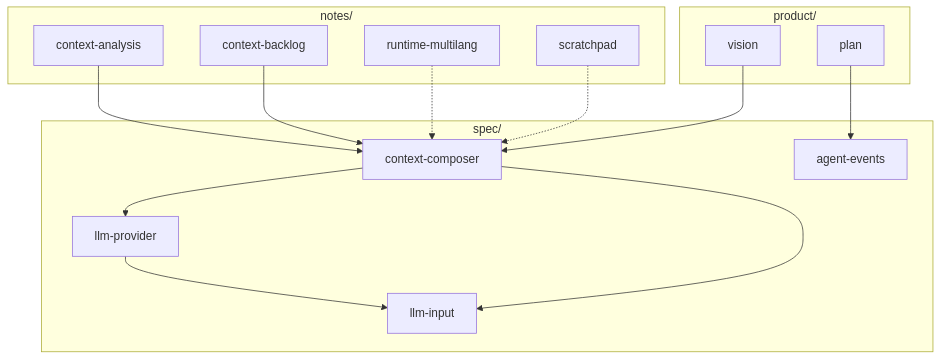
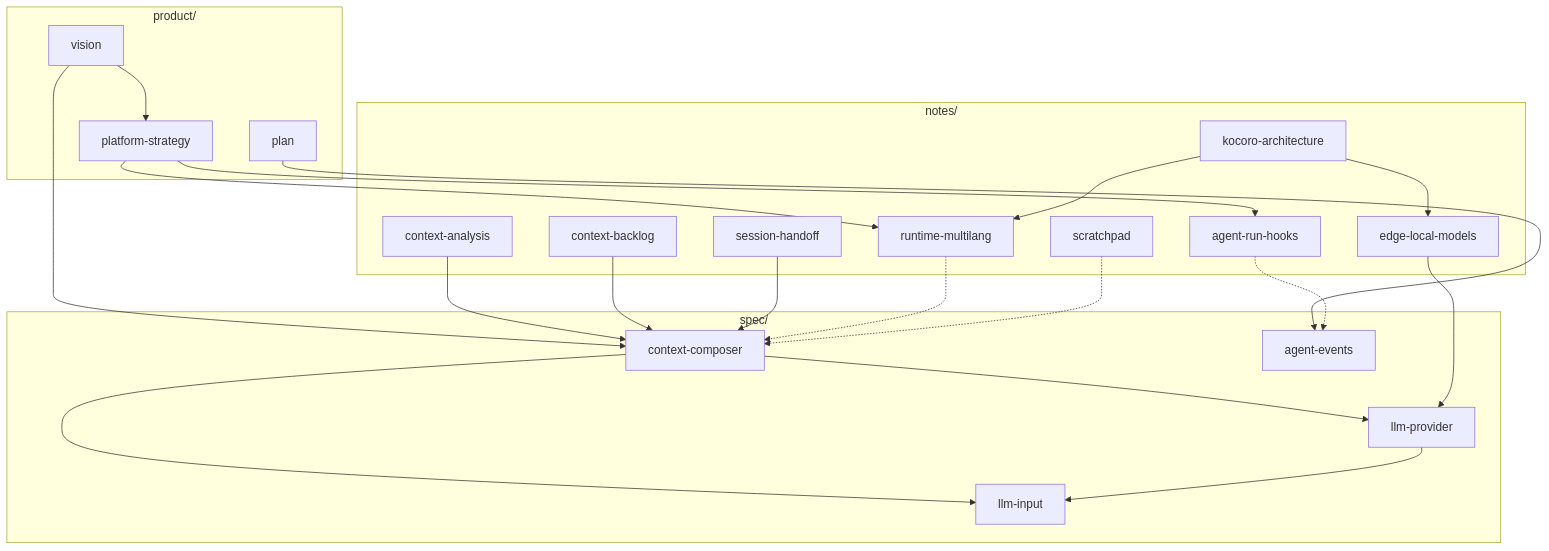
One commit to chendpoc/moontide changed the diagram in docs/README.md. Above: the diagram before and after it, drawn with Mermaid. The commit also changed other lines of this file and 142 other files, not shown here.

First line of the commit message:
refactor: session log, context composer, and platform strategy docs

````diff
--- a/docs/README.md
+++ b/docs/README.md
@@ -7,31 +7,44 @@
 ```mermaid
 flowchart TB
   subgraph product["product/"]
     V[vision]
     P[plan]
+    PS[platform-strategy]
   end
 
   subgraph spec["spec/"]
     CC[context-composer]
     LP[llm-provider]
     LI[llm-input]
     AE[agent-events]
   end
 
   subgraph notes["notes/"]
+    AR[agent-run-hooks]
     CA[context-analysis]
     CB[context-backlog]
+    EL[edge-local-models]
+    KO[kocoro-architecture]
+    SH[session-handoff]
     RM[runtime-multilang]
     SP[scratchpad]
   end
 
   V --> CC
+  V --> PS
+  PS --> RM
+  PS --> AR
   P --> AE
+  AR -.-> AE
   CC --> LP
   CC --> LI
   LP --> LI
   CA --> CC
   CB --> CC
+  EL --> LP
+  KO --> RM
+  KO --> EL
+  SH --> CC
   RM -.-> CC
   SP -.-> CC
 ```
````
